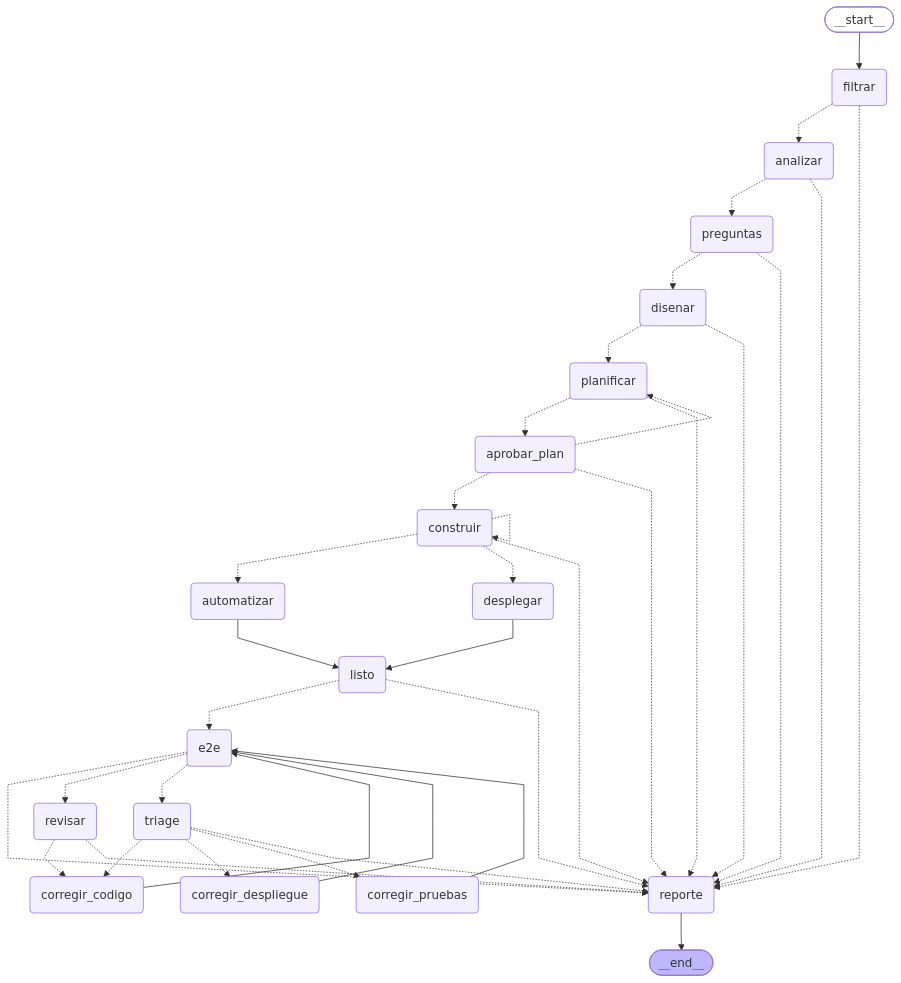
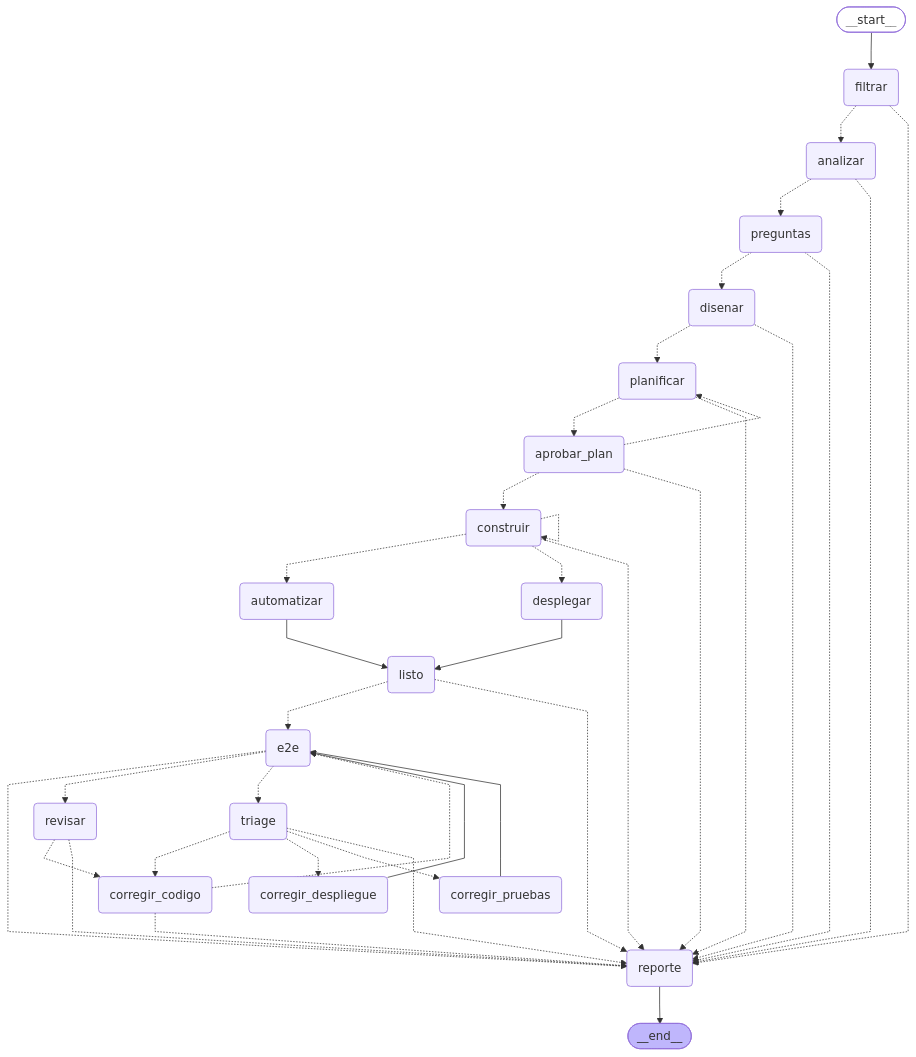
Before and after one commit to Nicolatus95/reto-m3-fabrica-langgraph: the diagram in docs/grafo.mmd, drawn with Mermaid. The commit also changed 2 other files, not shown here.

Commit message:
fix(reto): corregir_codigo verifica la app antes de redesplegar
Si la app no verifica o el redespliegue falla, estado_final ESCALAR con el log
(sección del reporte) en lugar de seguir a e2e a ciegas.

```diff
--- a/docs/grafo.mmd
+++ b/docs/grafo.mmd
@@ -1,63 +1,64 @@
 ---
 config:
   flowchart:
     curve: linear
 ---
 graph TD;
 	__start__([<p>__start__</p>]):::first
 	filtrar(filtrar)
 	analizar(analizar)
 	preguntas(preguntas)
 	disenar(disenar)
 	planificar(planificar)
 	aprobar_plan(aprobar_plan)
 	construir(construir)
 	desplegar(desplegar)
 	automatizar(automatizar)
 	listo(listo)
 	e2e(e2e)
 	corregir_codigo(corregir_codigo)
 	corregir_pruebas(corregir_pruebas)
 	corregir_despliegue(corregir_despliegue)
 	revisar(revisar)
 	reporte(reporte)
 	triage(triage)
 	__end__([<p>__end__</p>]):::last
 	__start__ --> filtrar;
 	analizar -.-> preguntas;
 	analizar -.-> reporte;
 	aprobar_plan -.-> construir;
 	aprobar_plan -.-> planificar;
 	aprobar_plan -.-> reporte;
 	automatizar --> listo;
 	construir -.-> automatizar;
 	construir -.-> desplegar;
 	construir -.-> reporte;
-	corregir_codigo --> e2e;
+	corregir_codigo -.-> e2e;
+	corregir_codigo -.-> reporte;
 	corregir_despliegue --> e2e;
 	corregir_pruebas --> e2e;
 	desplegar --> listo;
 	disenar -.-> planificar;
 	disenar -.-> reporte;
 	e2e -.-> reporte;
 	e2e -.-> revisar;
 	e2e -.-> triage;
 	filtrar -.-> analizar;
 	filtrar -.-> reporte;
 	listo -.-> e2e;
 	listo -.-> reporte;
 	planificar -.-> aprobar_plan;
 	planificar -.-> reporte;
 	preguntas -.-> disenar;
 	preguntas -.-> reporte;
 	revisar -.-> corregir_codigo;
 	revisar -.-> reporte;
 	triage -.-> corregir_codigo;
 	triage -.-> corregir_despliegue;
 	triage -.-> corregir_pruebas;
 	triage -.-> reporte;
 	reporte --> __end__;
 	construir -.-> construir;
 	classDef default fill:#f2f0ff,line-height:1.2
 	classDef first fill-opacity:0
 	classDef last fill:#bfb6fc
```
